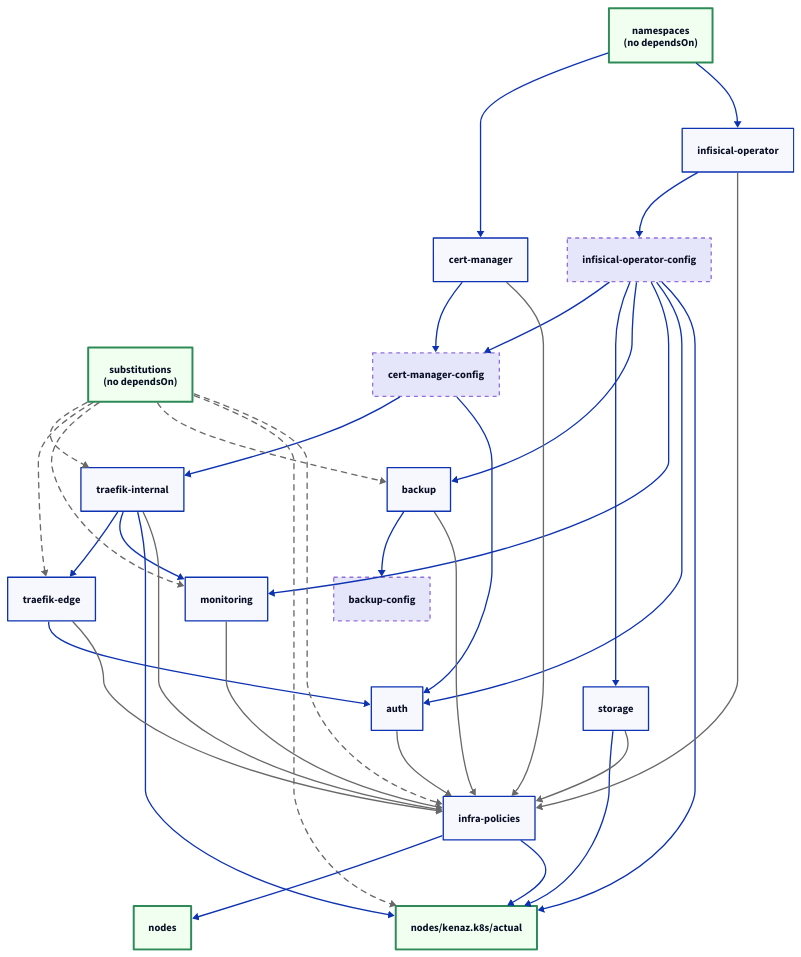
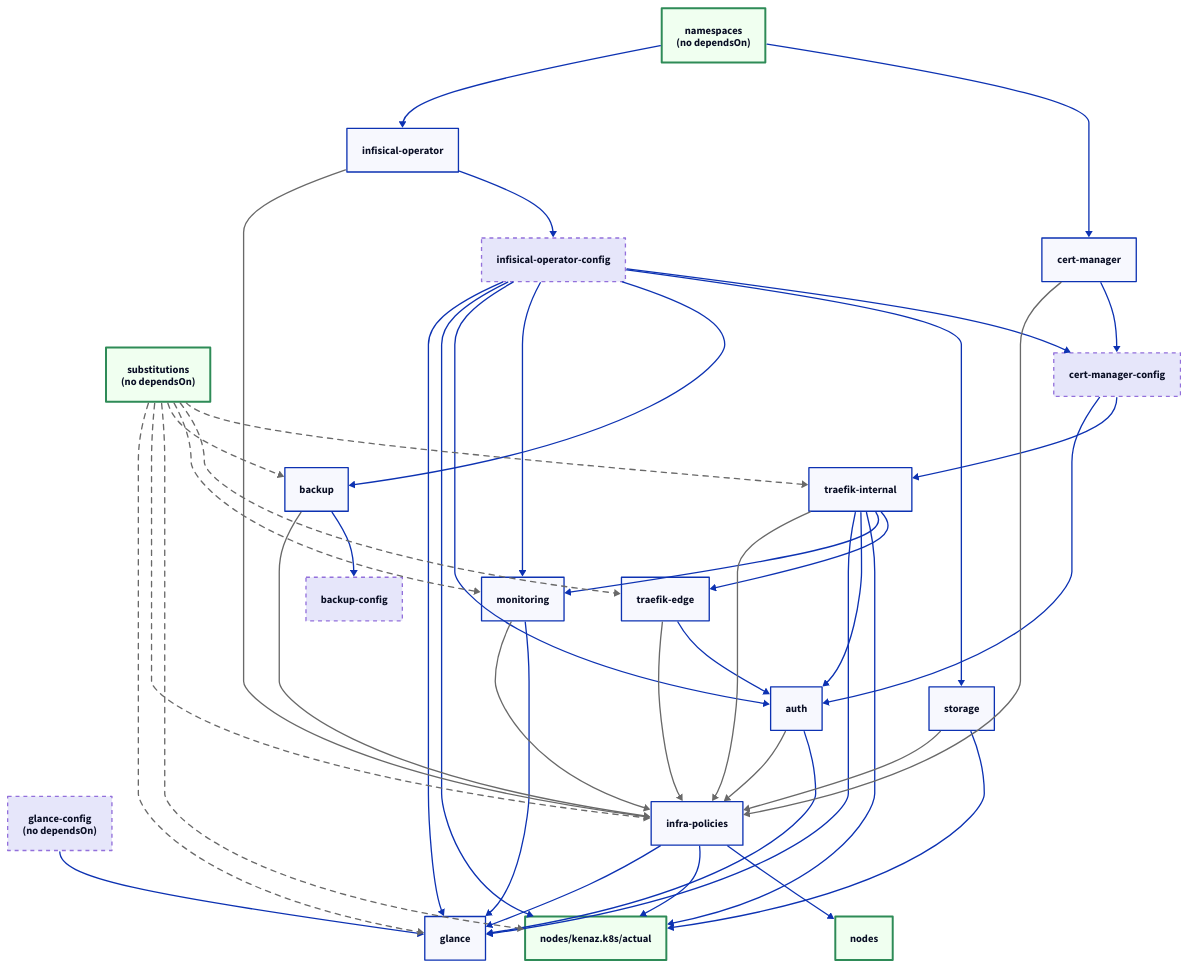
The diagram in docs/src/conventions/ordering.md (brewcoua/futhark), drawn with D2 before and after one commit. The commit also changed other lines of this file and 36 other files, not shown here.

````diff
--- a/docs/src/conventions/ordering.md
+++ b/docs/src/conventions/ordering.md
@@ -56,6 +56,7 @@
 infisical-operator-config: infisical-operator-config { class: config }
 cert-manager-config: cert-manager-config { class: config }
 backup-config: backup-config { class: config }
+glance-config: glance-config\n(no dependsOn) { class: config }
 
 nodes: nodes { class: boundary }
 actual: nodes/kenaz.k8s/actual { class: boundary }
@@ -79,7 +80,14 @@
 traefik-internal -> traefik-edge
 traefik-internal -> monitoring
 traefik-internal -> actual
+traefik-internal -> auth
+traefik-internal -> glance
 traefik-edge -> auth
+
+infisical-operator-config -> glance
+monitoring -> glance
+auth -> glance
+glance-config -> glance
 
 storage -> actual
 backup -> backup-config
@@ -90,6 +98,7 @@
 substitutions -> backup { class: presence }
 substitutions -> actual { class: presence }
 substitutions -> infra-policies { class: presence }
+substitutions -> glance { class: presence }
 
 cert-manager -> infra-policies { class: bulk }
 infisical-operator -> infra-policies { class: bulk }
@@ -102,4 +111,5 @@
 
 infra-policies -> nodes
 infra-policies -> actual
+infra-policies -> glance
 ```
````
